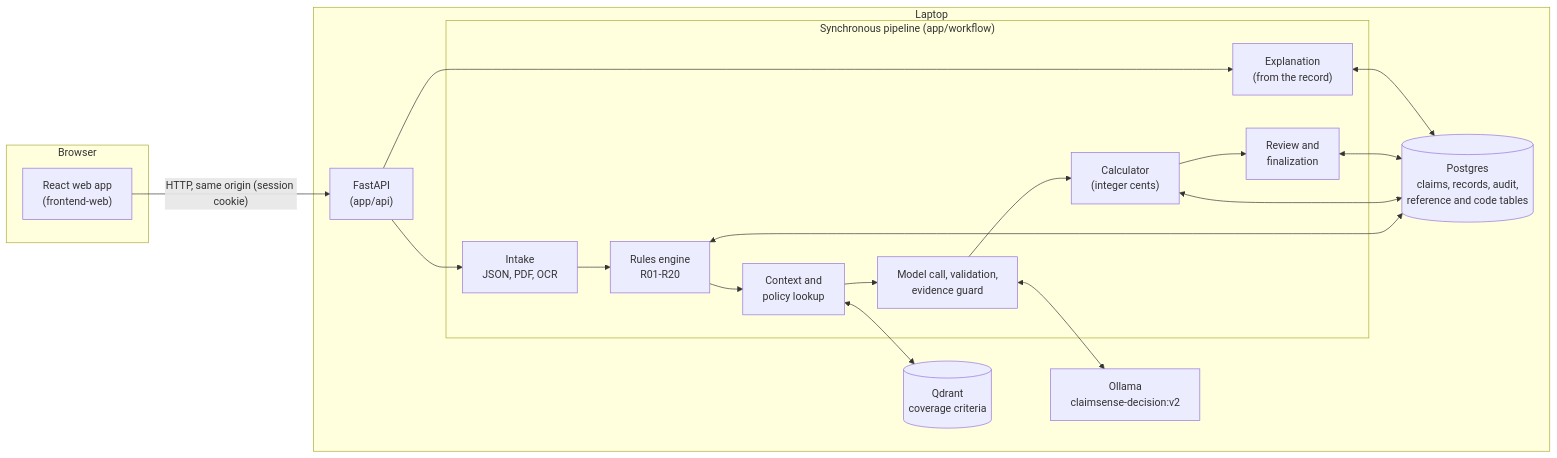
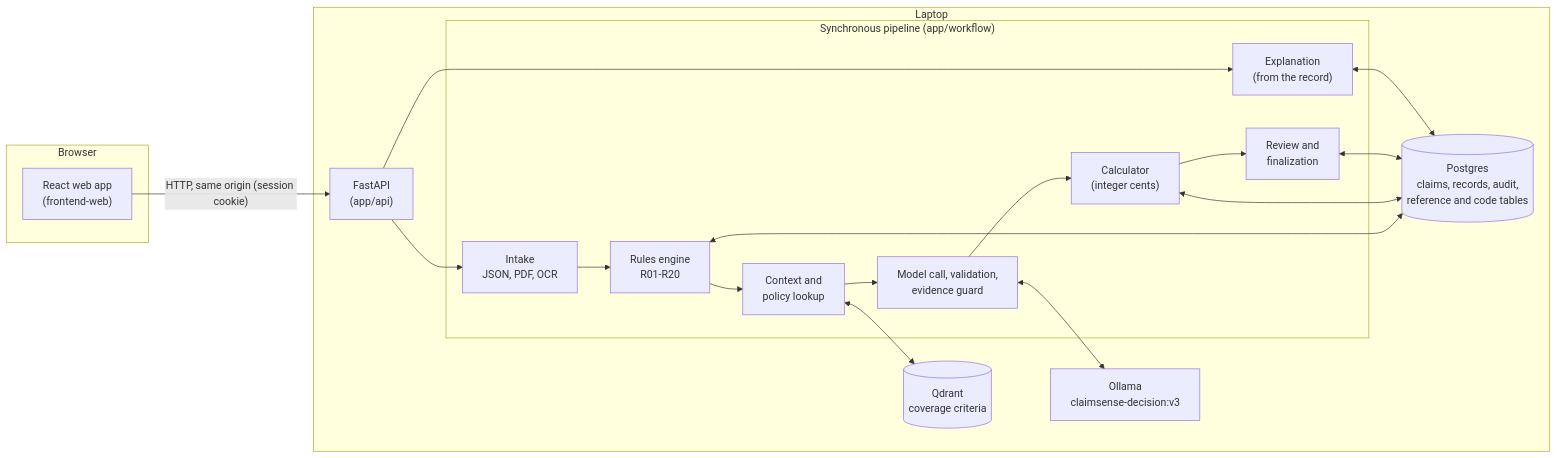
Before and after one commit to Rithwik010/ClaimSense-app: the diagram in README.md, drawn with Mermaid. The commit also changed other lines of this file and 21 other files, not shown here.

````diff
--- a/README.md
+++ b/README.md
@@ -36,30 +36,30 @@
 ```mermaid
 flowchart LR
     subgraph Browser
         UI["React web app<br/>(frontend-web)"]
     end
     subgraph Laptop
         API["FastAPI<br/>(app/api)"]
         subgraph Pipeline["Synchronous pipeline (app/workflow)"]
             IN["Intake<br/>JSON, PDF, OCR"]
             RU["Rules engine<br/>R01-R20"]
             CX["Context and<br/>policy lookup"]
             ML["Model call, validation,<br/>evidence guard"]
             CA["Calculator<br/>(integer cents)"]
             RV["Review and<br/>finalization"]
             EX["Explanation<br/>(from the record)"]
         end
         PG[("Postgres<br/>claims, records, audit,<br/>reference and code tables")]
         QD[("Qdrant<br/>coverage criteria")]
-        OL["Ollama<br/>claimsense-decision:v2"]
+        OL["Ollama<br/>claimsense-decision:v3"]
     end
     UI -- "HTTP, same origin (session cookie)" --> API
     API --> IN --> RU --> CX --> ML --> CA --> RV
     API --> EX
     RU <--> PG
     CX <--> QD
     ML <--> OL
     CA <--> PG
     RV <--> PG
     EX <--> PG
 ```
````
